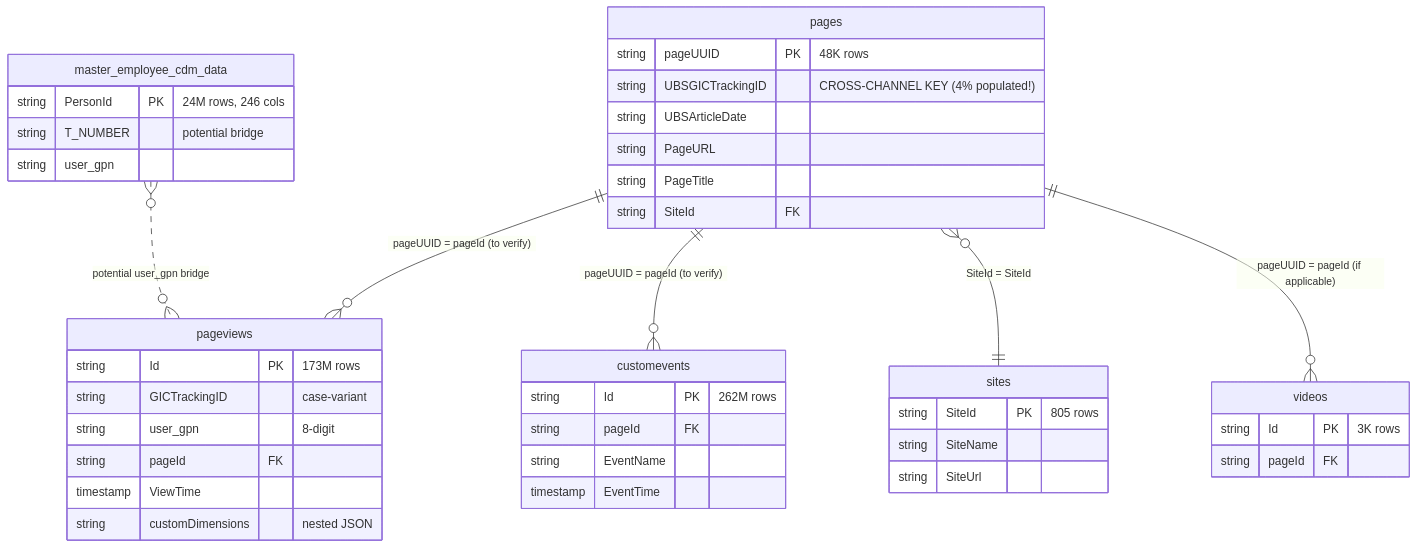
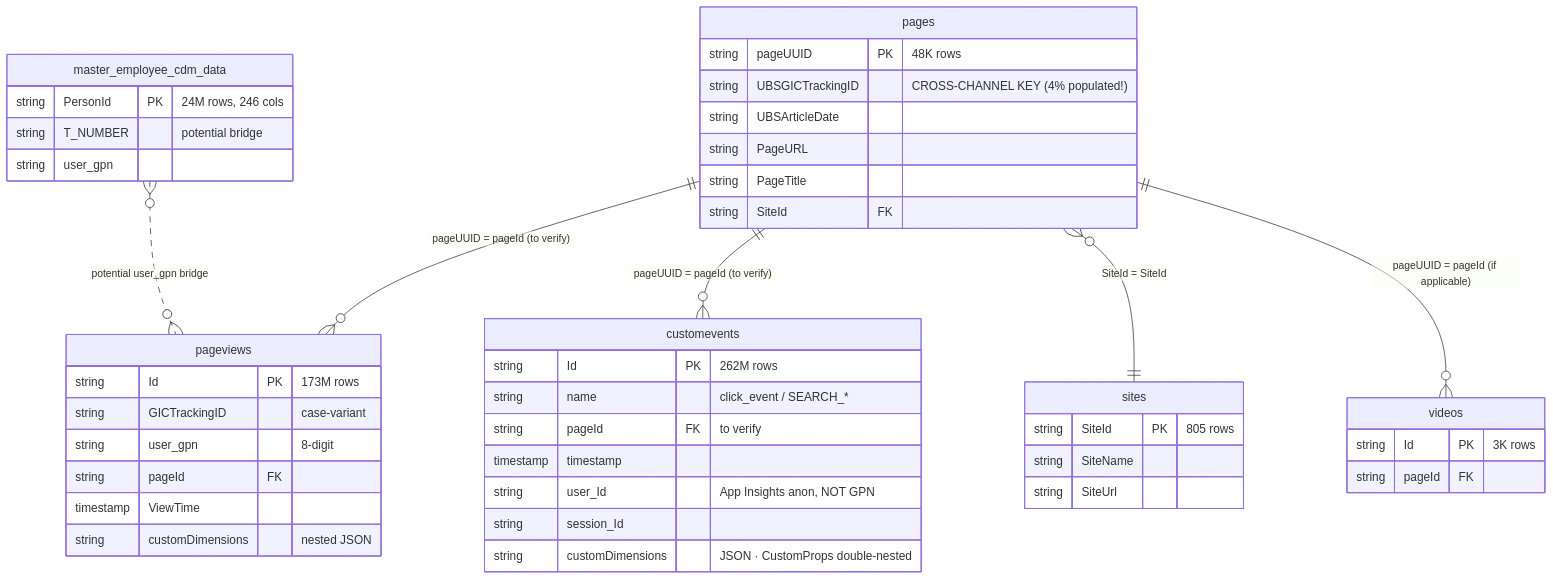
One commit to dallmi/Databricks changed the diagram in docs/diagrams/er_sharepoint_bronze.md. Above: the diagram before and after it, drawn with Mermaid. The commit also changed other lines of this file and 3 other files, not shown here.

First line of the commit message:
Document customEvents schema (clicks + searches + video)

````diff
--- a/docs/diagrams/er_sharepoint_bronze.md
+++ b/docs/diagrams/er_sharepoint_bronze.md
@@ -9,45 +9,48 @@
 ```mermaid
 erDiagram
     pages      ||--o{ pageviews    : "pageUUID = pageId (to verify)"
     pages      ||--o{ customevents : "pageUUID = pageId (to verify)"
     pages      }o--|| sites        : "SiteId = SiteId"
     pages      ||--o{ videos       : "pageUUID = pageId (if applicable)"
     master_employee_cdm_data }o..o{ pageviews : "potential user_gpn bridge"
 
     pages {
         string pageUUID PK "48K rows"
         string UBSGICTrackingID "CROSS-CHANNEL KEY (4% populated!)"
         string UBSArticleDate
         string PageURL
         string PageTitle
         string SiteId FK
     }
     pageviews {
         string Id PK "173M rows"
         string GICTrackingID "case-variant"
         string user_gpn "8-digit"
         string pageId FK
         timestamp ViewTime
         string customDimensions "nested JSON"
     }
     customevents {
         string Id PK "262M rows"
-        string pageId FK
-        string EventName
-        timestamp EventTime
+        string name "click_event / SEARCH_*"
+        string pageId FK "to verify"
+        timestamp timestamp
+        string user_Id "App Insights anon, NOT GPN"
+        string session_Id
+        string customDimensions "JSON · CustomProps double-nested"
     }
     sites {
         string SiteId PK "805 rows"
         string SiteName
         string SiteUrl
     }
     videos {
         string Id PK "3K rows"
         string pageId FK
     }
     master_employee_cdm_data {
         string PersonId PK "24M rows, 246 cols"
         string T_NUMBER "potential bridge"
         string user_gpn
     }
 ```
````
